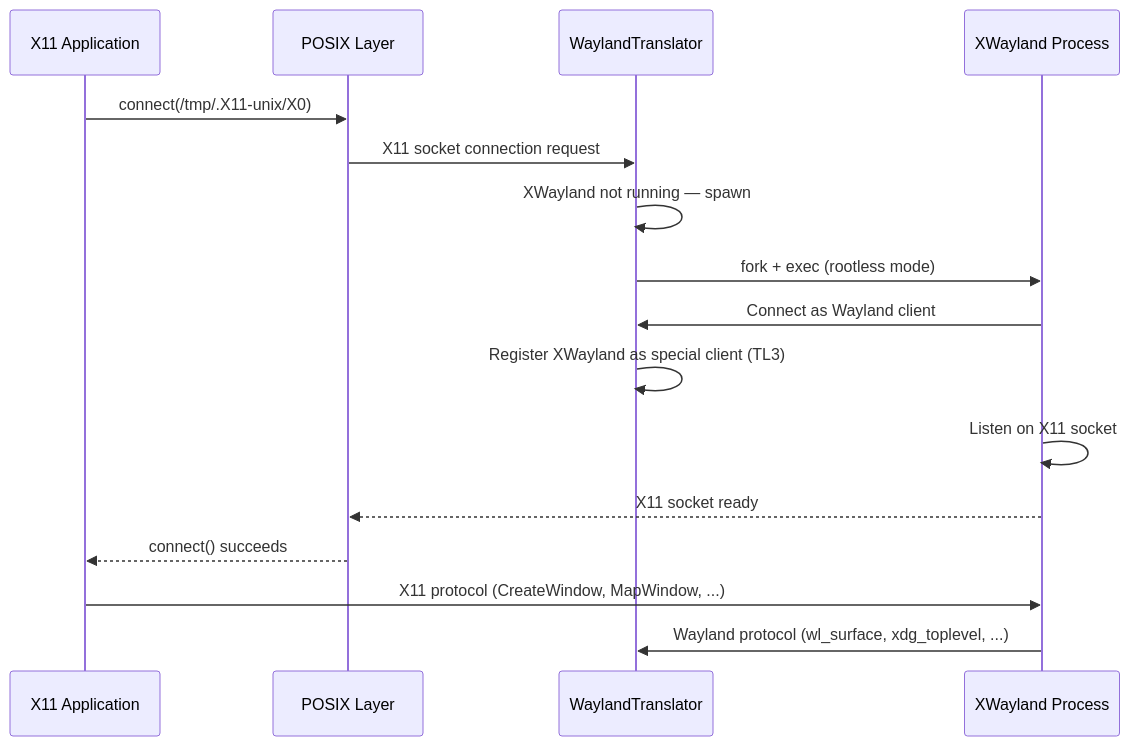
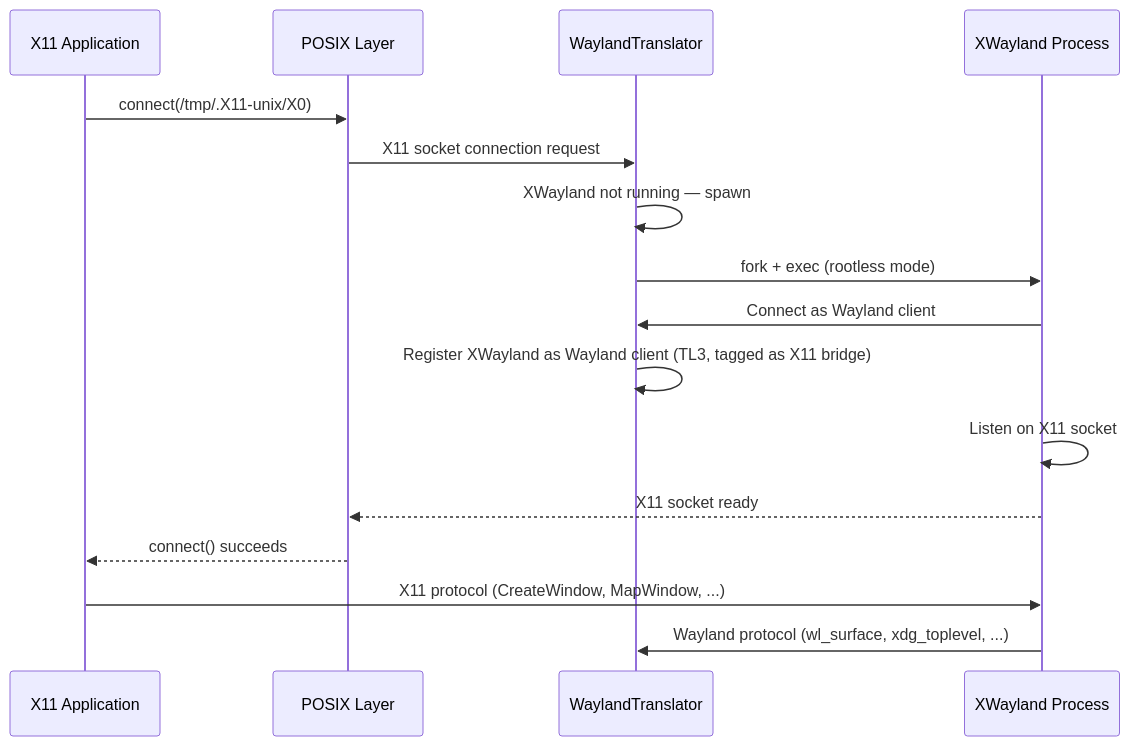
The fourth of 6 diagrams in docs/platform/linux-compat/wayland-bridge.md (juslee/aios), drawn with Mermaid before and after one commit. The commit also changed other lines of this file and 2 other files, not shown here.

````diff
--- a/docs/platform/linux-compat/wayland-bridge.md
+++ b/docs/platform/linux-compat/wayland-bridge.md
@@ -291,19 +291,19 @@
 ```mermaid
 sequenceDiagram
     participant App as X11 Application
     participant Posix as POSIX Layer
     participant WT as WaylandTranslator
     participant XW as XWayland Process
 
     App->>Posix: connect(/tmp/.X11-unix/X0)
     Posix->>WT: X11 socket connection request
     WT->>WT: XWayland not running — spawn
     WT->>XW: fork + exec (rootless mode)
     XW->>WT: Connect as Wayland client
-    WT->>WT: Register XWayland as special client (TL3)
+    WT->>WT: Register XWayland as Wayland client (TL3, tagged as X11 bridge)
     XW->>XW: Listen on X11 socket
     XW-->>Posix: X11 socket ready
     Posix-->>App: connect() succeeds
     App->>XW: X11 protocol (CreateWindow, MapWindow, ...)
     XW->>WT: Wayland protocol (wl_surface, xdg_toplevel, ...)
 ```
````
